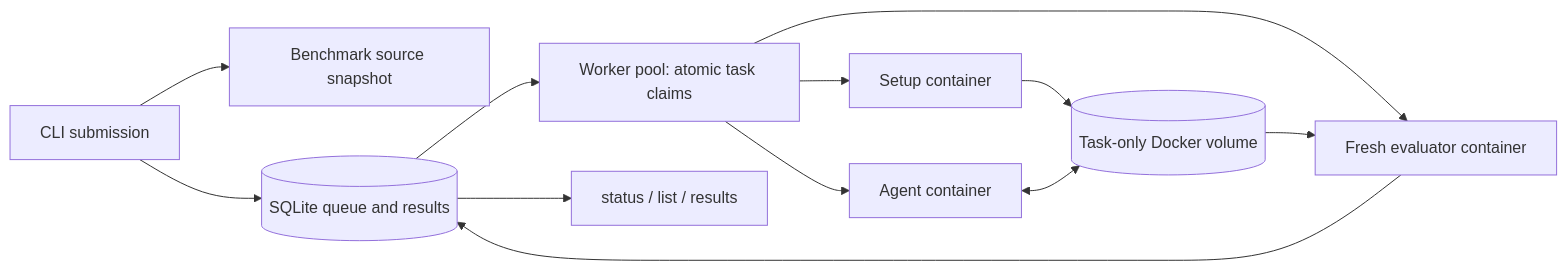
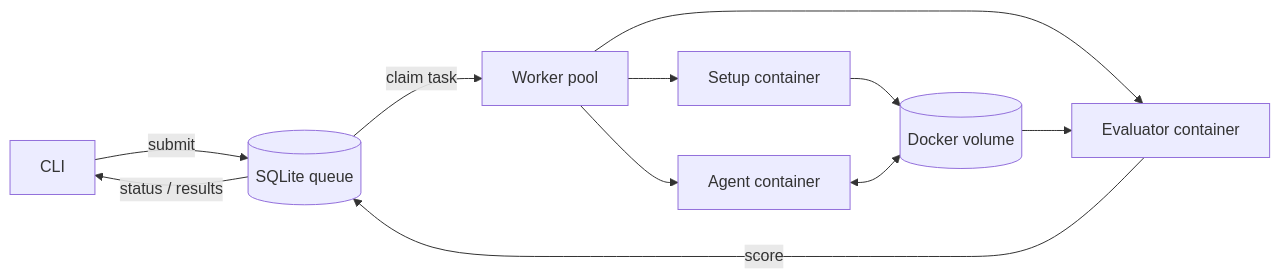
One commit to pmeraga/agentic-harness changed the diagram in README.md. Above: the diagram before and after it, drawn with Mermaid. The commit also changed other lines of this file and 7 other files, not shown here.

````diff
--- a/README.md
+++ b/README.md
@@ -74,14 +64,13 @@
 ```mermaid
 flowchart LR
-    CLI[CLI submission] --> Snapshot[Benchmark source snapshot]
-    CLI --> DB[(SQLite queue and results)]
-    DB --> Worker[Worker pool: atomic task claims]
-    Worker --> Setup[Setup container]
-    Setup --> Volume[(Task-only Docker volume)]
-    Worker --> Agent[Agent container]
-    Agent <--> Volume
-    Worker --> Grade[Fresh evaluator container]
-    Volume --> Grade
-    Grade --> DB
-    DB --> Queries[status / list / results]
+    CLI[CLI] -->|submit| DB[(SQLite queue)]
+    DB -->|claim task| W[Worker pool]
+    W --> S[Setup container]
+    S --> V[(Docker volume)]
+    W --> A[Agent container]
+    A <--> V
+    W --> E[Evaluator container]
+    V --> E
+    E -->|score| DB
+    DB -->|status / results| CLI
 ```
````
